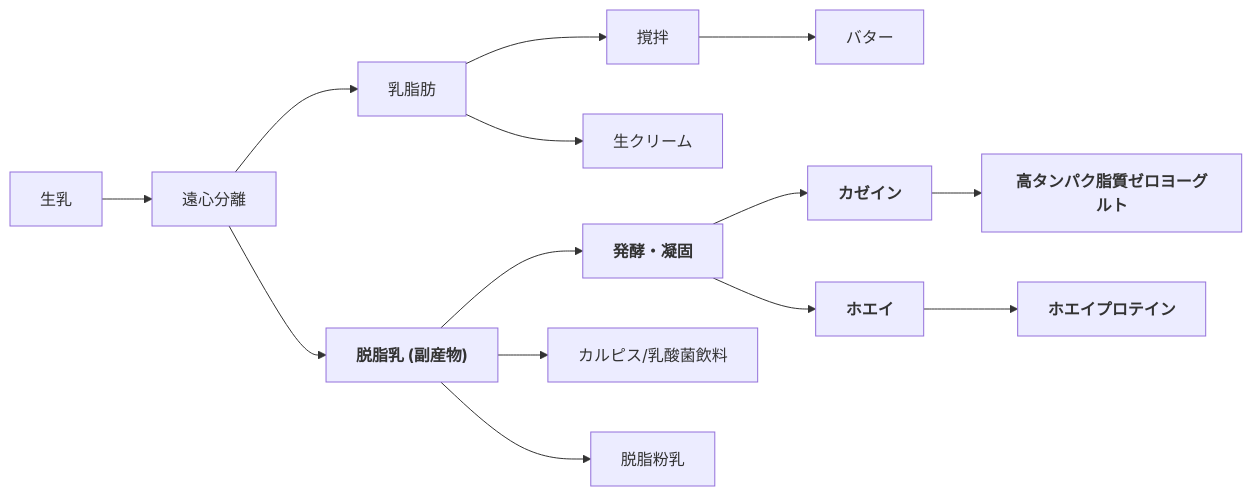
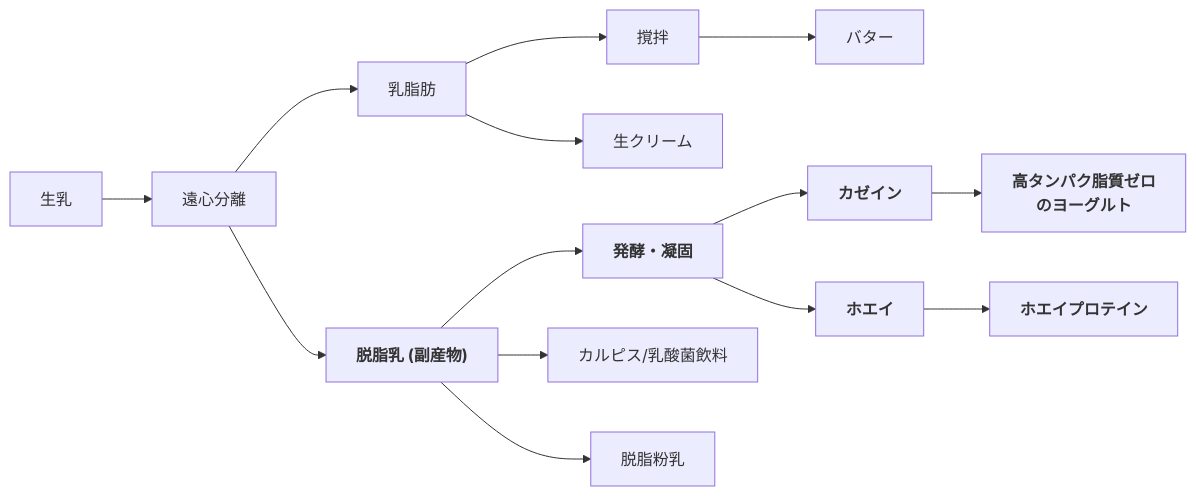
The first of 2 diagrams in README.md (ussyi-git/-), drawn with Mermaid before and after one commit.

````diff
--- a/README.md
+++ b/README.md
@@ -1,23 +1,23 @@
 ```mermaid
 graph LR
 Milk["生乳"]-->Separator["遠心分離"]
 %% --- クリーム側の流れ ---
 Separator-->Cream["乳脂肪"]
 Cream-->ButterProcess["撹拌"]
   Cream-->creamyProcess["生クリーム"]
 ButterProcess-->Butter["バター"]
 %% --- 脱脂乳側の流れ ---
 Separator-->SkimMilk["<b>脱脂乳 (副産物)</b>"]
 %% 発酵プロセスへ
 SkimMilk-->Ferment["<b>発酵・凝固</b>"]
 %% そのまま加工
 SkimMilk-->Calpis["カルピス/乳酸菌飲料"]
 SkimMilk-->Powder["脱脂粉乳"]
 %% 固形分（カゼイン）の行方
 Ferment-->Curd["<b>カゼイン</b>"]
-Curd-->Oikos["<b>高タンパク脂質ゼロヨーグルト</b>"]
+Curd-->Oikos["<b>高タンパク脂質ゼロ<br>のヨーグルト</b>"]
 %% 液体（ホエイ）の行方
 Ferment-->Whey["<b>ホエイ</b>"]
 Whey-->WPC_WPI["<b>ホエイプロテイン</b>"]
 
 ```
````
